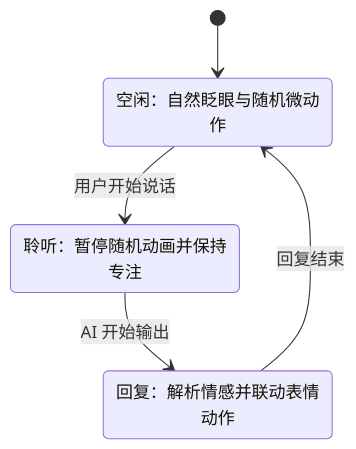
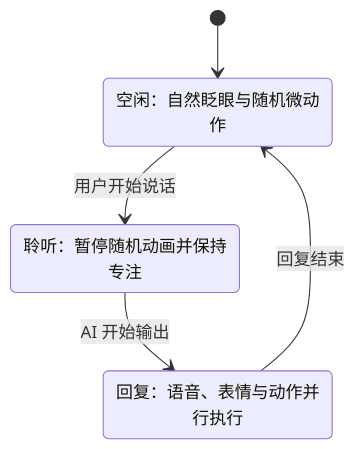
Before and after one commit to KingYeon-Zoo/YunShu-Link-Firmware: the first of 2 diagrams in README.md, drawn with Mermaid. The commit also changed other lines of this file and 9 other files, not shown here.

````diff
--- a/README.md
+++ b/README.md
@@ -72,11 +78,11 @@
 ```mermaid
 stateDiagram-v2
     state "空闲：自然眨眼与随机微动作" as Idle
     state "聆听：暂停随机动画并保持专注" as Listening
-    state "回复：解析情感并联动表情动作" as Speaking
+    state "回复：语音、表情与动作并行执行" as Speaking
 
     [*] --> Idle
     Idle --> Listening: 用户开始说话
     Listening --> Speaking: AI 开始输出
     Speaking --> Idle: 回复结束
 ```
````
